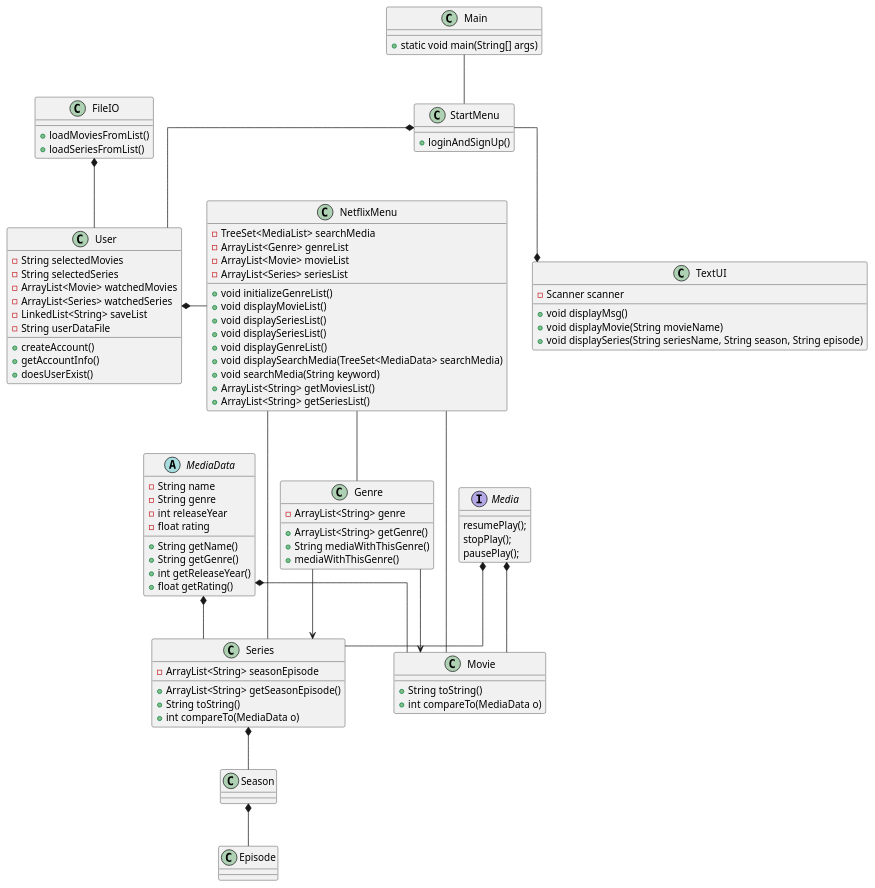
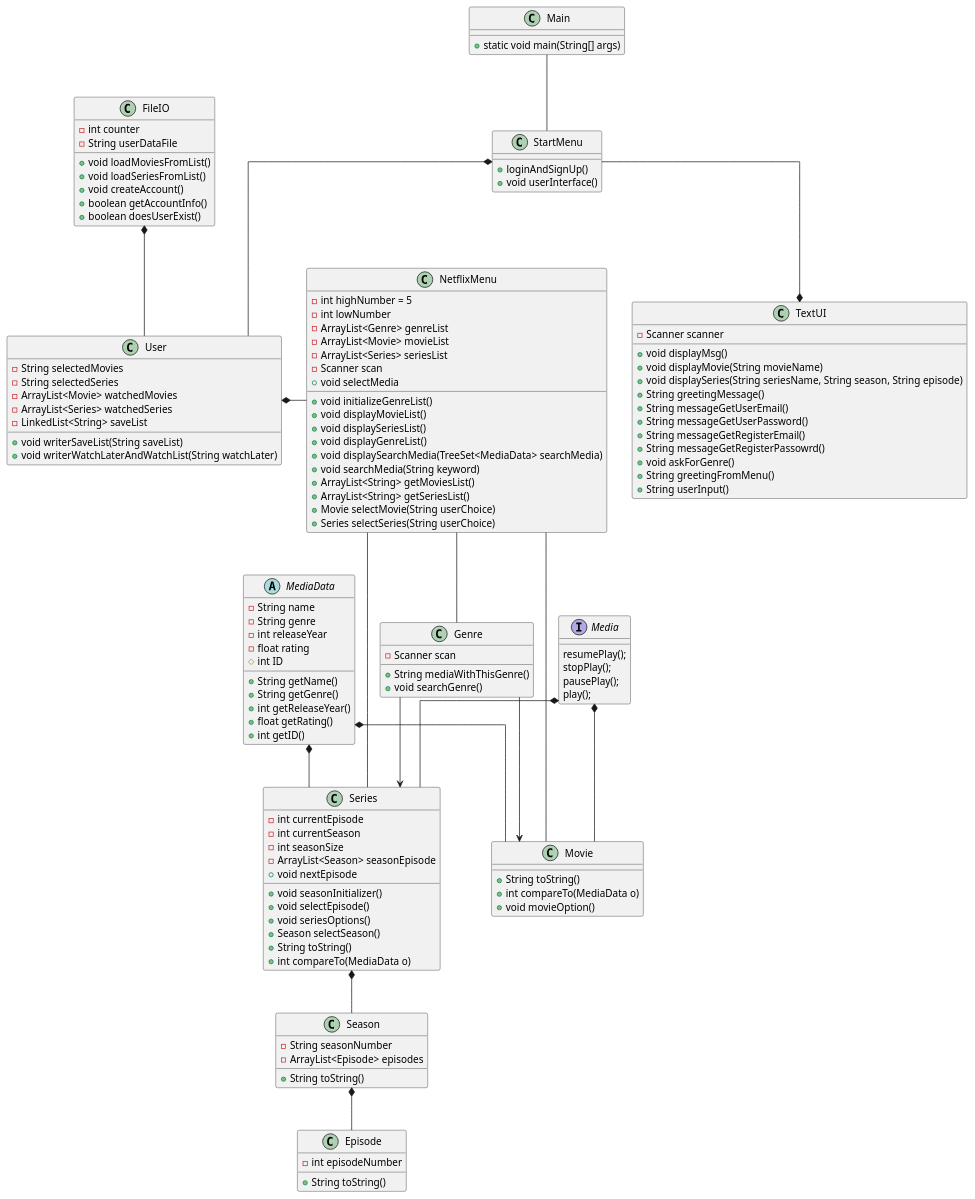
One commit to AerrowV/SP3_Netflix changed the diagram in Diagrams/SP3.puml. Above: the diagram before and after it, drawn with PlantUML. The commit also changed 2 other files, not shown here.

Commit message:
Updated class diagram

```diff
--- a/Diagrams/SP3.puml
+++ b/Diagrams/SP3.puml
@@ -1,118 +1,148 @@
 @startuml
 'https://plantuml.com/class-diagram
  skinparam linetype ortho
 
 
 
 
 class Main{
 + static void main(String[] args)
 }
 
 class StartMenu {
 + loginAndSignUp()
++ void userInterface()
 
 }
 
 class User {
 - String selectedMovies
 - String selectedSeries
 - ArrayList<Movie> watchedMovies
 - ArrayList<Series> watchedSeries
 - LinkedList<String> saveList
-- String userDataFile
-+ createAccount()
-+ getAccountInfo()
-+ doesUserExist()
++ void writerSaveList(String saveList)
++ void writerWatchLaterAndWatchList(String watchLater)
 }
 
 class FileIO {
-+ loadMoviesFromList()
-+ loadSeriesFromList()
+- int counter
+- String userDataFile
++ void loadMoviesFromList()
++ void loadSeriesFromList()
++ void createAccount()
++ boolean getAccountInfo()
++ boolean doesUserExist()
 }
 
 interface Media {
 resumePlay();
 stopPlay();
 pausePlay();
-
+play();
 }
 
 abstract MediaData{
 - String name
 - String genre
 - int releaseYear
 - float rating
+# int ID
 + String getName()
 + String getGenre()
 + int getReleaseYear()
 + float getRating()
++ int getID()
 
 }
 
 class NetflixMenu {
-- TreeSet<MediaList> searchMedia
+- int highNumber = 5
+- int lowNumber
 - ArrayList<Genre> genreList
 - ArrayList<Movie> movieList
 - ArrayList<Series> seriesList
+- Scanner scan
 + void initializeGenreList()
 + void displayMovieList()
-+ void displaySeriesList()
 + void displaySeriesList()
 + void displayGenreList()
 + void displaySearchMedia(TreeSet<MediaData> searchMedia)
 + void searchMedia(String keyword)
++ void selectMedia
 + ArrayList<String> getMoviesList()
 + ArrayList<String> getSeriesList()
++ Movie selectMovie(String userChoice)
++ Series selectSeries(String userChoice)
 }
 
 class Movie {
 + String toString()
 + int compareTo(MediaData o)
++ void movieOption()
 }
 
 class Genre {
-- ArrayList<String> genre
-+ ArrayList<String> getGenre()
+- Scanner scan
 + String mediaWithThisGenre()
-+ mediaWithThisGenre()
++ void searchGenre()
 }
 
 class Series {
-- ArrayList<String> seasonEpisode
-+ ArrayList<String> getSeasonEpisode()
+- int currentEpisode
+- int currentSeason
+- int seasonSize
+- ArrayList<Season> seasonEpisode
++ void nextEpisode
++ void seasonInitializer()
++ void selectEpisode()
++ void seriesOptions()
++ Season selectSeason()
 + String toString()
 + int compareTo(MediaData o)
 }
 
 class Season {
+- String seasonNumber
+- ArrayList<Episode> episodes
++ String toString()
 }
 
 class Episode {
+- int episodeNumber
++ String toString()
 }
 
 class TextUI {
 - Scanner scanner
 + void displayMsg()
 + void displayMovie(String movieName)
 + void displaySeries(String seriesName, String season, String episode)
++ String greetingMessage()
++ String messageGetUserEmail()
++ String messageGetUserPassword()
++ String messageGetRegisterEmail()
++ String messageGetRegisterPassowrd()
++ void askForGenre()
++ String greetingFromMenu()
++ String userInput()
 }
 
 Main -- StartMenu
 StartMenu *-- User
 TextUI *-up- StartMenu
 User *- NetflixMenu
 NetflixMenu -- Movie
 NetflixMenu -- Series
 NetflixMenu -- Genre
 Genre --> Movie
 Genre --> Series
 Series *-- Season
 Season *-- Episode
 Media *-- Movie
 Media *-- Series
 FileIO *-- User
 MediaData *-- Movie
 MediaData *-- Series
 
 @enduml
```
